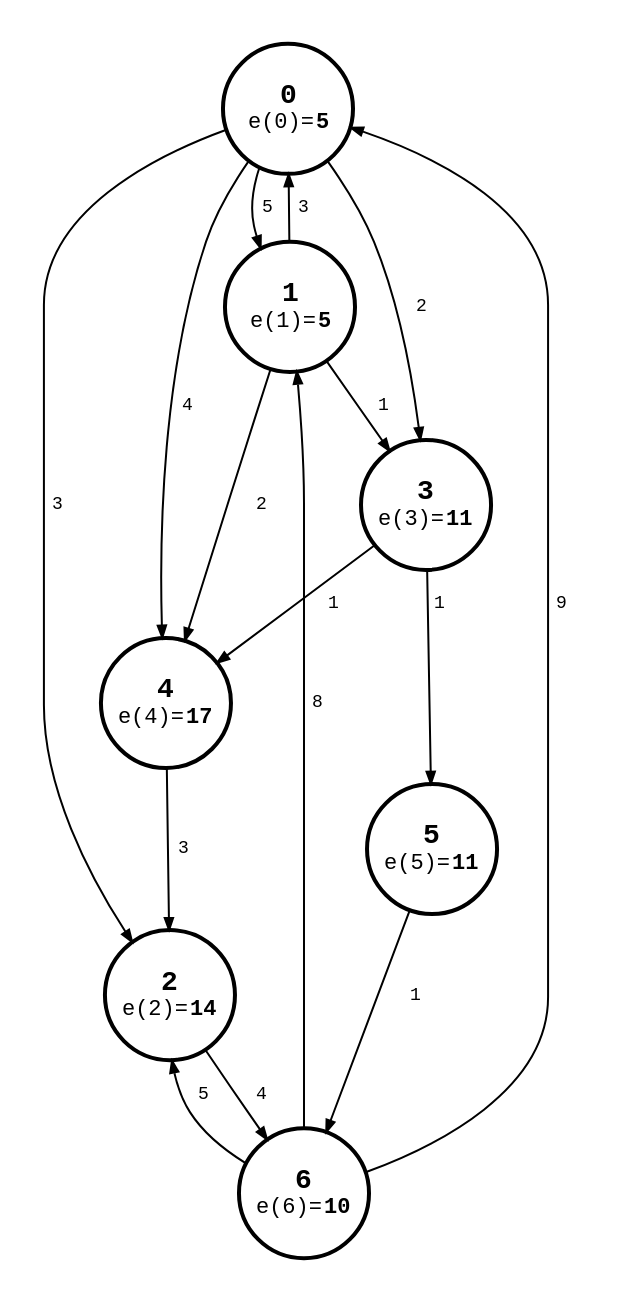
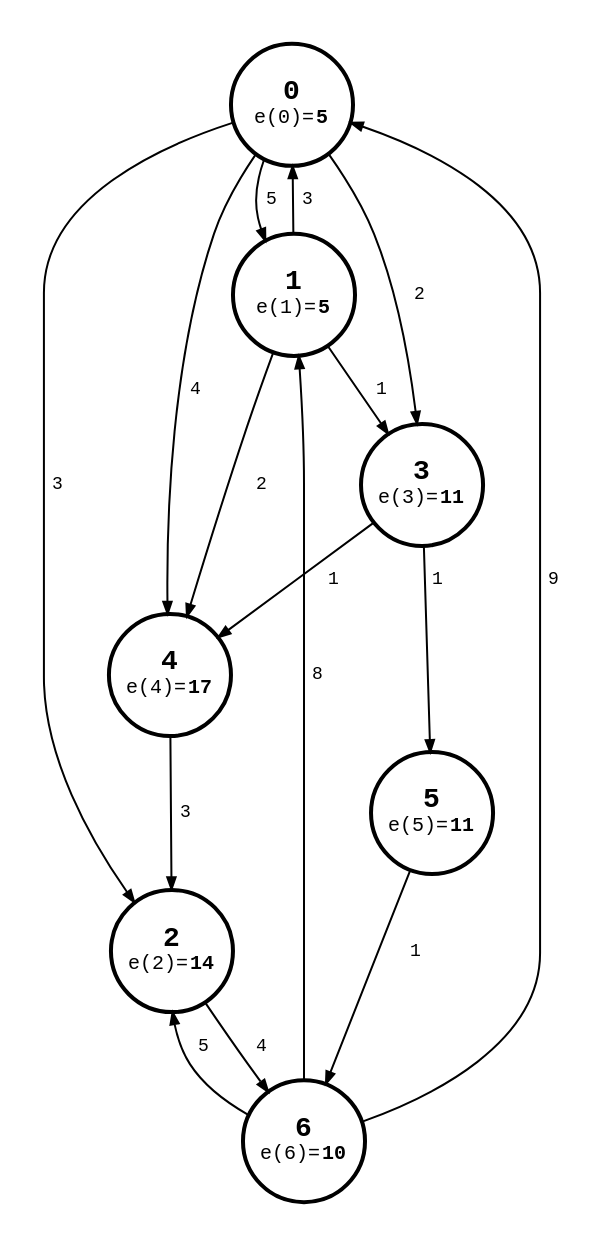
The diagram in src/distance_matrix_eccentricities_1-0.87.2.dot (bsdrks/graaf-images), drawn with Graphviz before and after one commit. The commit also changed 40 other files, not shown here.

```diff
--- a/src/distance_matrix_eccentricities_1-0.87.2.dot
+++ b/src/distance_matrix_eccentricities_1-0.87.2.dot
@@ -1,5 +1,5 @@
 digraph {
-    node [shape=circle, fontname="monospace", style=bold, fixedsize=true, width="0.9"];
+    node [shape=circle, fontname="monospace", style=bold, fixedsize=true, width="0.85"];
     edge [arrowsize=0.6, fontname="monospace", fontsize=9];
     // layout=neato;
     // scale=3.0;
@@ -16,7 +16,7 @@
                     <td><b>0</b></td>
                 </tr>
                 <tr>
-                    <td><font point-size="11">e(0)=<b>5</b></font></td>
+                    <td><font point-size="10">e(0)=<b>5</b></font></td>
                 </tr>
             </table>
         >,
@@ -29,7 +29,7 @@
                     <td><b>1</b></td>
                 </tr>
                 <tr>
-                    <td><font point-size="11">e(1)=<b>5</b></font></td>
+                    <td><font point-size="10">e(1)=<b>5</b></font></td>
                 </tr>
             </table>
         >,
@@ -42,7 +42,7 @@
                     <td><b>2</b></td>
                 </tr>
                 <tr>
-                    <td><font point-size="11">e(2)=<b>14</b></font></td>
+                    <td><font point-size="10">e(2)=<b>14</b></font></td>
                 </tr>
             </table>
         >,
@@ -55,7 +55,7 @@
                     <td><b>3</b></td>
                 </tr>
                 <tr>
-                    <td><font point-size="11">e(3)=<b>11</b></font></td>
+                    <td><font point-size="10">e(3)=<b>11</b></font></td>
                 </tr>
             </table>
         >,
@@ -68,7 +68,7 @@
                     <td><b>4</b></td>
                 </tr>
                 <tr>
-                    <td><font point-size="11">e(4)=<b>17</b></font></td>
+                    <td><font point-size="10">e(4)=<b>17</b></font></td>
                 </tr>
             </table>
         >,
@@ -81,7 +81,7 @@
                     <td><b>5</b></td>
                 </tr>
                 <tr>
-                    <td><font point-size="11">e(5)=<b>11</b></font></td>
+                    <td><font point-size="10">e(5)=<b>11</b></font></td>
                 </tr>
             </table>
         >,
@@ -94,7 +94,7 @@
                     <td><b>6</b></td>
                 </tr>
                 <tr>
-                    <td><font point-size="11">e(6)=<b>10</b></font></td>
+                    <td><font point-size="10">e(6)=<b>10</b></font></td>
                 </tr>
             </table>
         >,
```
